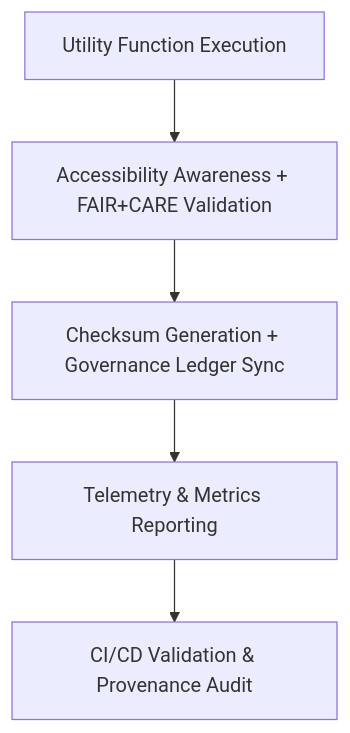
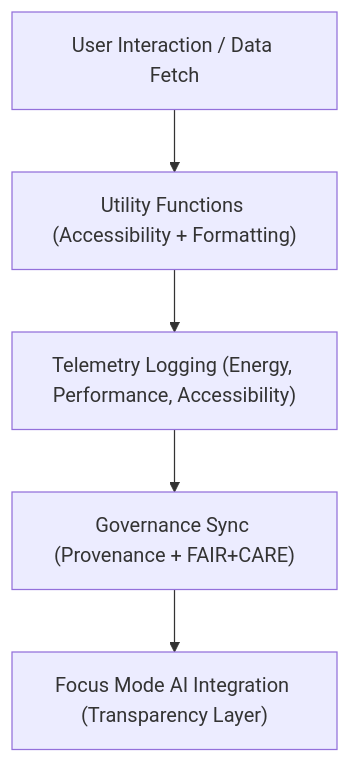
One commit to bartytime4life/Kansas-Frontier-Matrix changed the diagram in web/src/utils/README.md. Above: the diagram before and after it, drawn with Mermaid. The commit also changed other lines of this file, not shown here.

First line of the commit message:
Revise README for v9.6.0 updates and governance

````diff
--- a/web/src/utils/README.md
+++ b/web/src/utils/README.md
@@ -81,7 +65,7 @@
 ```mermaid
 flowchart TD
-  A["Utility Function Execution"] --> B["Accessibility Awareness + FAIR+CARE Validation"]
-  B --> C["Checksum Generation + Governance Ledger Sync"]
-  C --> D["Telemetry & Metrics Reporting"]
-  D --> E["CI/CD Validation & Provenance Audit"]
+    A["User Interaction / Data Fetch"] --> B["Utility Functions (Accessibility + Formatting)"]
+    B --> C["Telemetry Logging (Energy, Performance, Accessibility)"]
+    C --> D["Governance Sync (Provenance + FAIR+CARE)"]
+    D --> E["Focus Mode AI Integration (Transparency Layer)"]
 ```
````
